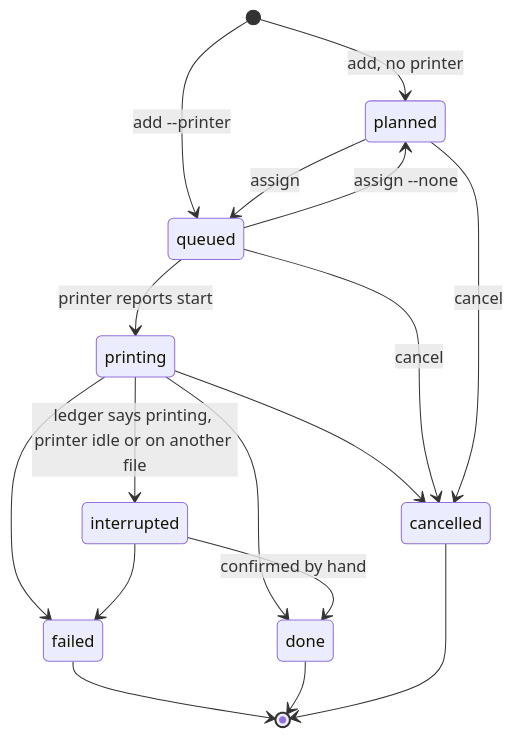
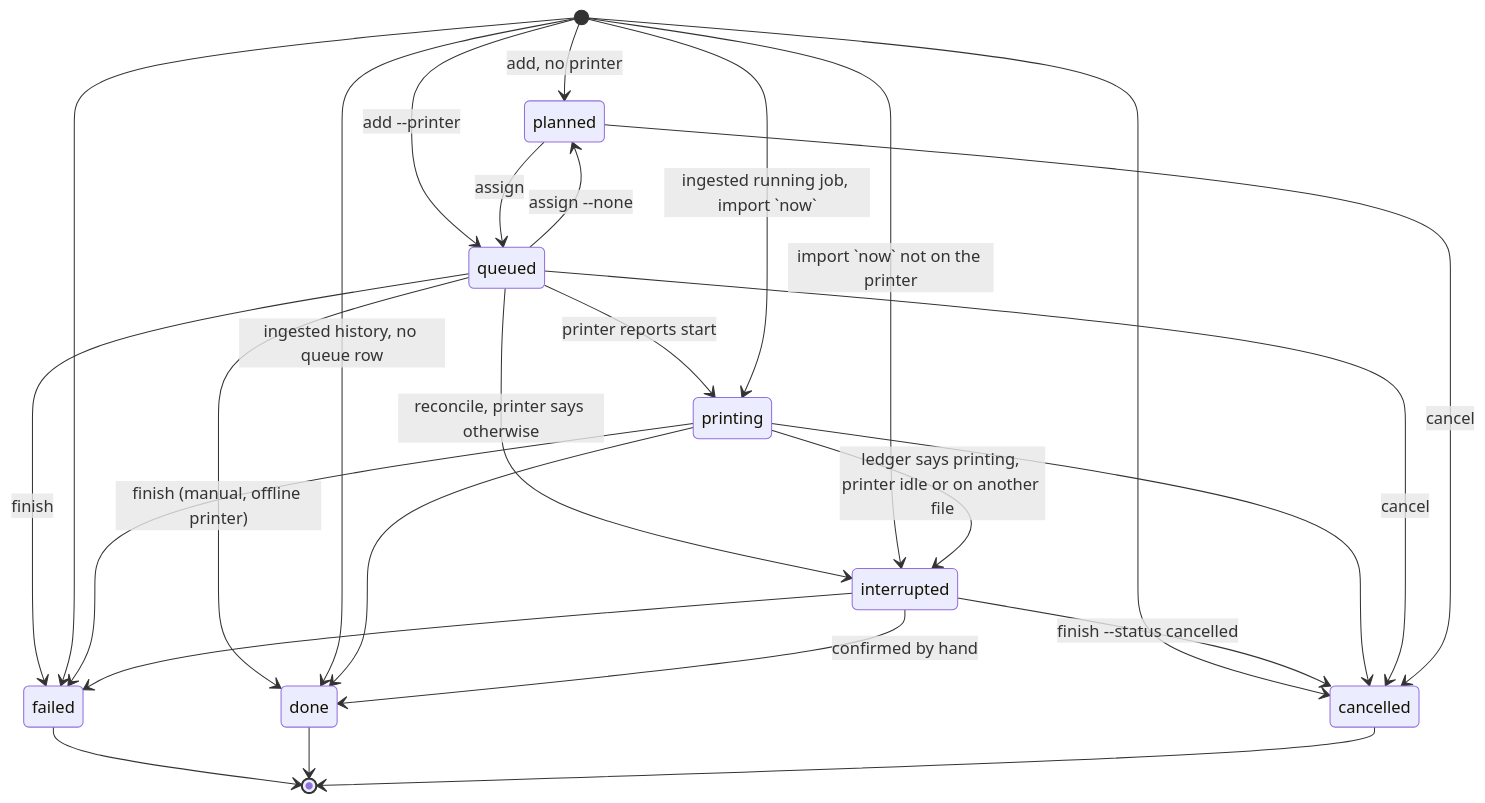
One commit to alex-mextner/3d-cli changed the diagram in docs/specs/2026-10-30-print-queue.md. Above: the diagram before and after it, drawn with Mermaid. The commit also changed other lines of this file, not shown here.

Commit message:
docs(specs): print queue — apply review fixes (ledger-only booking, idempotency keys, start matching, offline buffer) (Refs #170, #171)

````diff
--- a/docs/specs/2026-10-30-print-queue.md
+++ b/docs/specs/2026-10-30-print-queue.md
@@ -99,19 +113,28 @@
 ```mermaid
 stateDiagram-v2
     [*] --> planned: add, no printer
     [*] --> queued: add --printer
     planned --> queued: assign
     queued --> planned: assign --none
     queued --> printing: printer reports start
+    queued --> done: finish (manual, offline printer)
+    queued --> failed: finish
+    queued --> interrupted: reconcile, printer says otherwise
+    [*] --> done: ingested history, no queue row
+    [*] --> failed
+    [*] --> cancelled
+    [*] --> printing: ingested running job, import `now`
+    [*] --> interrupted: import `now` not on the printer
+    interrupted --> cancelled: finish --status cancelled
     printing --> done
     printing --> failed
     printing --> cancelled
     printing --> interrupted: ledger says printing, printer idle or on another file
     interrupted --> done: confirmed by hand
     interrupted --> failed
     queued --> cancelled: cancel
     planned --> cancelled: cancel
     failed --> [*]
     done --> [*]
     cancelled --> [*]
 ```
````
